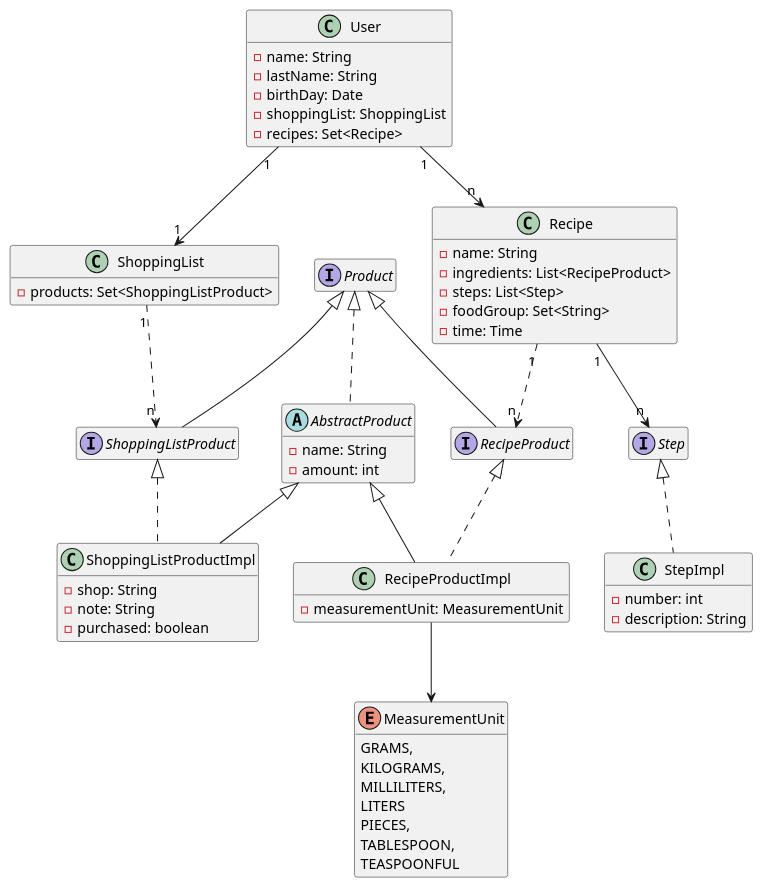
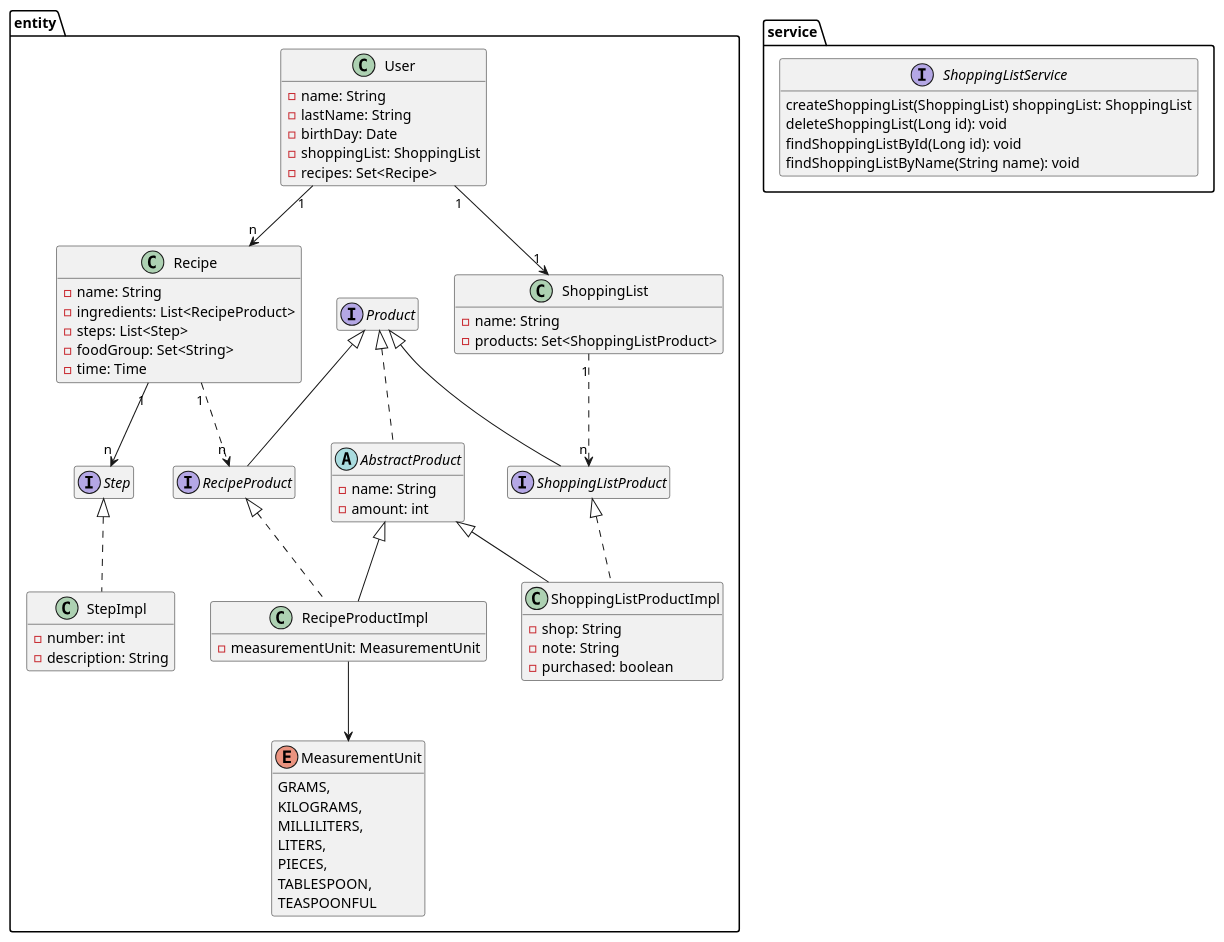
Before and after one commit to adrianbb05/foodApp: the diagram in dcumentation/Project_Overview.puml, drawn with PlantUML. The commit also changed other lines of this file and 17 other files, not shown here.

```diff
--- a/dcumentation/Project_Overview.puml
+++ b/dcumentation/Project_Overview.puml
@@ -1,69 +1,81 @@
 @startuml
-
+package entity {
 interface ShoppingListProduct extends Product {}
 
 interface RecipeProduct extends Product{}
 
 abstract class AbstractProduct  implements Product{
     - name: String
     - amount: int
 }
 
 class ShoppingListProductImpl extends AbstractProduct implements ShoppingListProduct {
     - shop: String
     - note: String
     - purchased: boolean
 }
 
 class RecipeProductImpl extends AbstractProduct implements RecipeProduct {
         - measurementUnit: MeasurementUnit
 }
 
 enum MeasurementUnit {
     GRAMS,
     KILOGRAMS,
     MILLILITERS,
-    LITERS
+    LITERS,
     PIECES,
     TABLESPOON,
     TEASPOONFUL
 }
 
 class ShoppingList {
+    - name: String
     - products: Set<ShoppingListProduct>
 }
 
 class Recipe {
     - name: String
     - ingredients: List<RecipeProduct>
     - steps: List<Step>
     - foodGroup: Set<String>
     - time: Time
 }
 
 class StepImpl implements Step {
     - number: int
     - description: String
 }
 
 class User {
     - name: String
     - lastName: String
     - birthDay: Date
     - shoppingList: ShoppingList
     - recipes: Set<Recipe>
 }
+}
+
+package service {
+interface ShoppingListService {
+    createShoppingList(ShoppingList) shoppingList: ShoppingList
+    deleteShoppingList(Long id): void
+    findShoppingListById(Long id): void
+    findShoppingListByName(String name): void
+}
+}
+
 
 ShoppingList "1" ..> "n" ShoppingListProduct
 
 Recipe "1" --> "n" Step
 Recipe  "1" ..> "n" RecipeProduct
 
 User "1" --> "1" ShoppingList
 User "1" --> "n" Recipe
 
 RecipeProductImpl --> MeasurementUnit
 
 hide empty members
 
 @enduml
```
